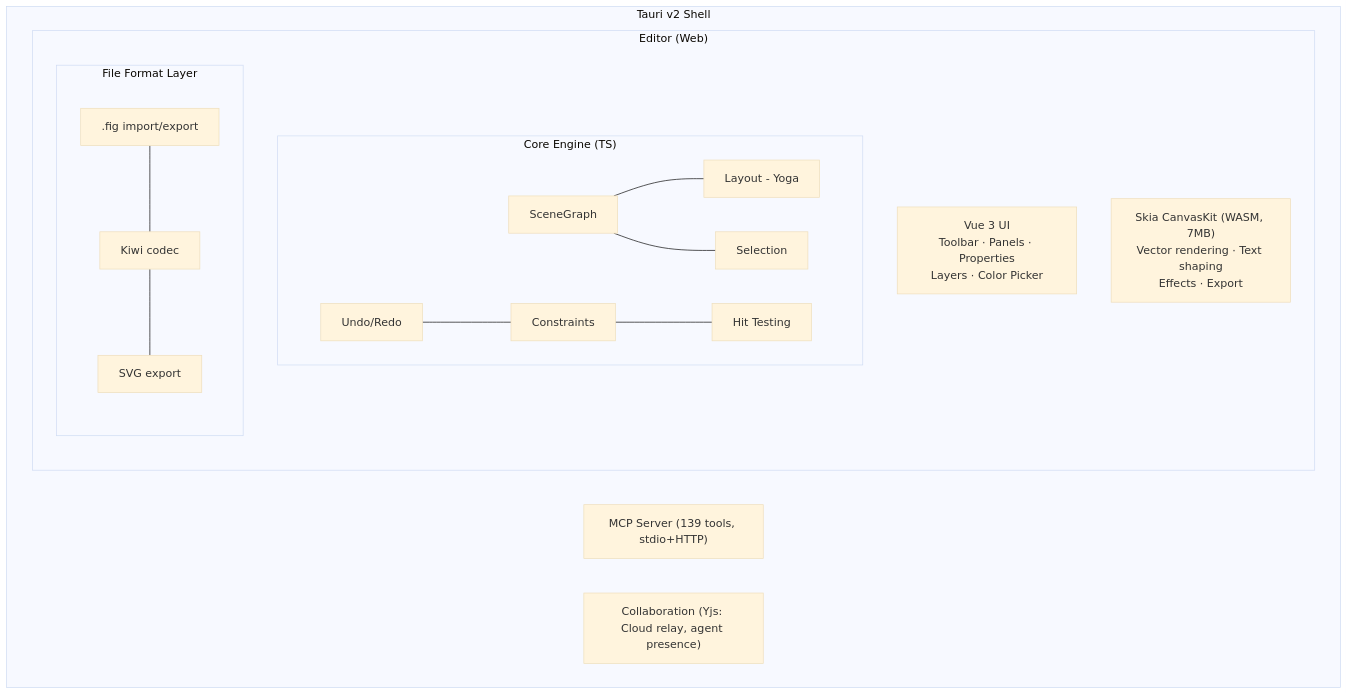
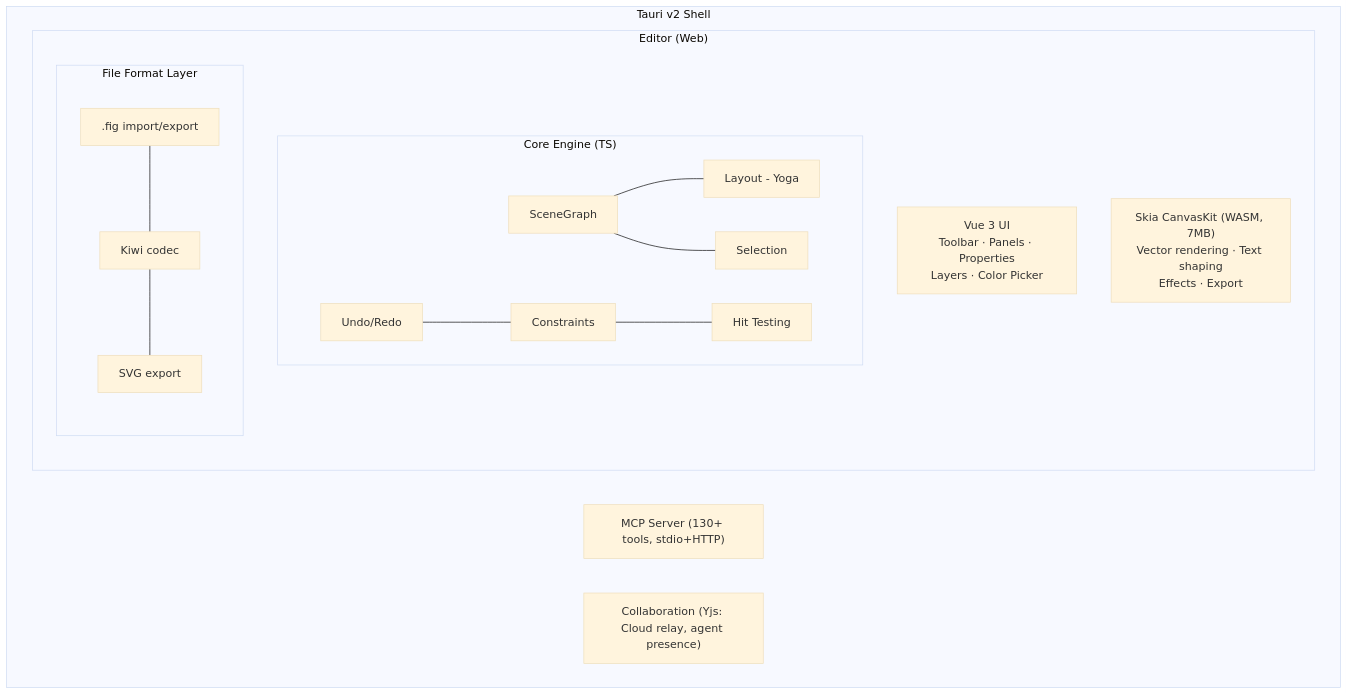
Before and after one commit to BadryansahBangsawan/pairdraw: the diagram in packages/docs/development/architecture.md, drawn with Mermaid (base theme). The commit also changed other lines of this file and 36 other files, not shown here.

````diff
--- a/packages/docs/development/architecture.md
+++ b/packages/docs/development/architecture.md
@@ -8,21 +8,21 @@
 ```mermaid
 graph TB
     subgraph Tauri["Tauri v2 Shell"]
         subgraph Editor["Editor (Web)"]
             UI["Vue 3 UI<br/>Toolbar · Panels · Properties<br/>Layers · Color Picker"]
             Skia["Skia CanvasKit (WASM, 7MB)<br/>Vector rendering · Text shaping<br/>Effects · Export"]
             subgraph Core["Core Engine (TS)"]
                 SG[SceneGraph] --- Layout[Layout - Yoga]
                 SG --- Selection
                 Undo[Undo/Redo] --- Constraints
                 Constraints --- HitTest[Hit Testing]
             end
             subgraph FileFormat["File Format Layer"]
                 FigIO[".fig import/export"] --- Kiwi[Kiwi codec]
                 Kiwi --- SVG[SVG export]
             end
         end
-        MCP["MCP Server (139 tools, stdio+HTTP)"]
+        MCP["MCP Server (130+ tools, stdio+HTTP)"]
         Collab["Collaboration (Yjs: Cloud relay, agent presence)"]
     end
 ```
````
